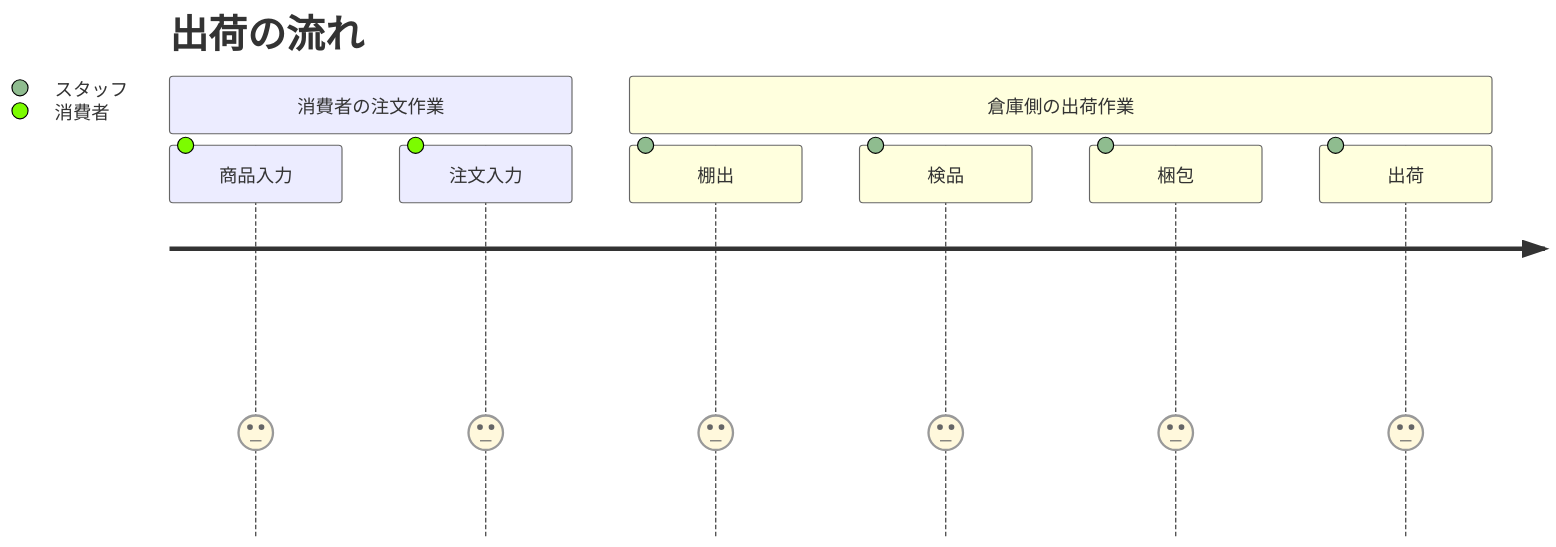
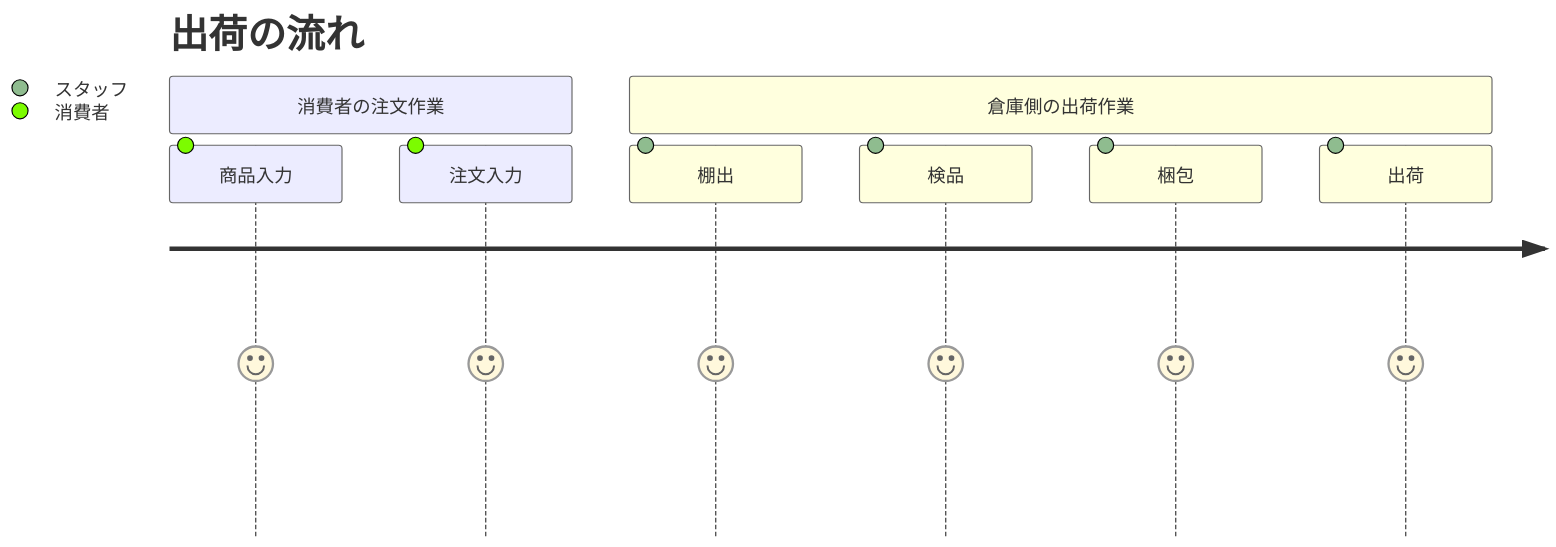
Before and after one commit to aimerzarashi/ts-cqrs-es-v1: the diagram in _document/outbound/journey.md, drawn with Mermaid. The commit also changed 6 other files, not shown here.

Commit message:
📝 The diagram was completely revised.

````diff
--- a/_document/outbound/journey.md
+++ b/_document/outbound/journey.md
@@ -1,12 +1,12 @@
 ```mermaid
 journey
     title 出荷の流れ
     section 消費者の注文作業
-      商品入力: 3: 消費者
-      注文入力: 3: 消費者
+      商品入力: 5: 消費者
+      注文入力: 5: 消費者
     section 倉庫側の出荷作業
-      棚出: 3: スタッフ
-      検品: 3: スタッフ
-      梱包: 3: スタッフ
-      出荷: 3: スタッフ
+      棚出: 5: スタッフ
+      検品: 5: スタッフ
+      梱包: 5: スタッフ
+      出荷: 5: スタッフ
 ```
````
